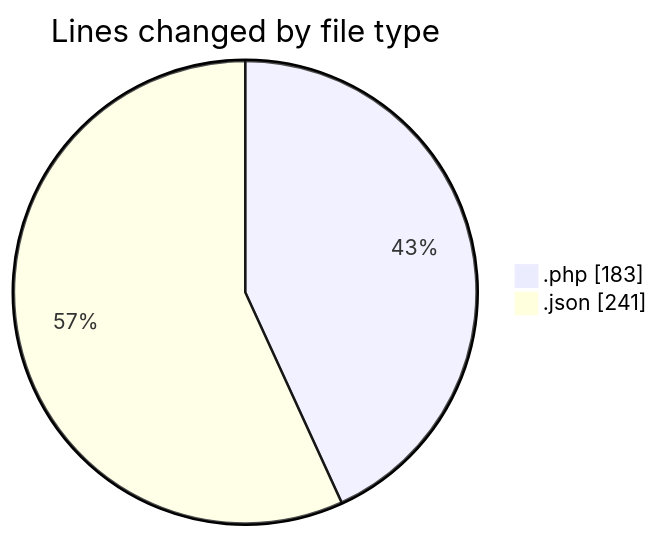
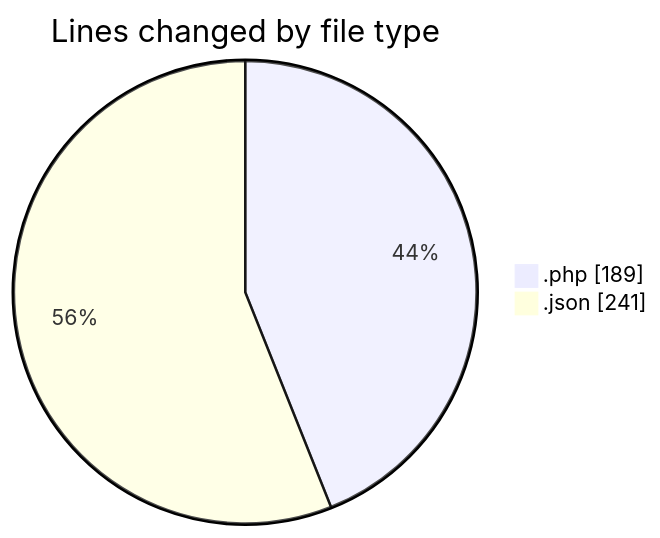
Before and after one commit to idhammustaqopulfikri/code-tracking: the first of 2 diagrams in 2025-03-28/autodidak/README.md, drawn with Mermaid. The commit also changed other lines of this file and 1 other file, not shown here.

````diff
--- a/2025-03-28/autodidak/README.md
+++ b/2025-03-28/autodidak/README.md
@@ -23,6 +23,6 @@
 ```mermaid
 pie showData
 title Lines changed by file type
-".php" : 183
+".php" : 189
 ".json" : 241
 ```
````
